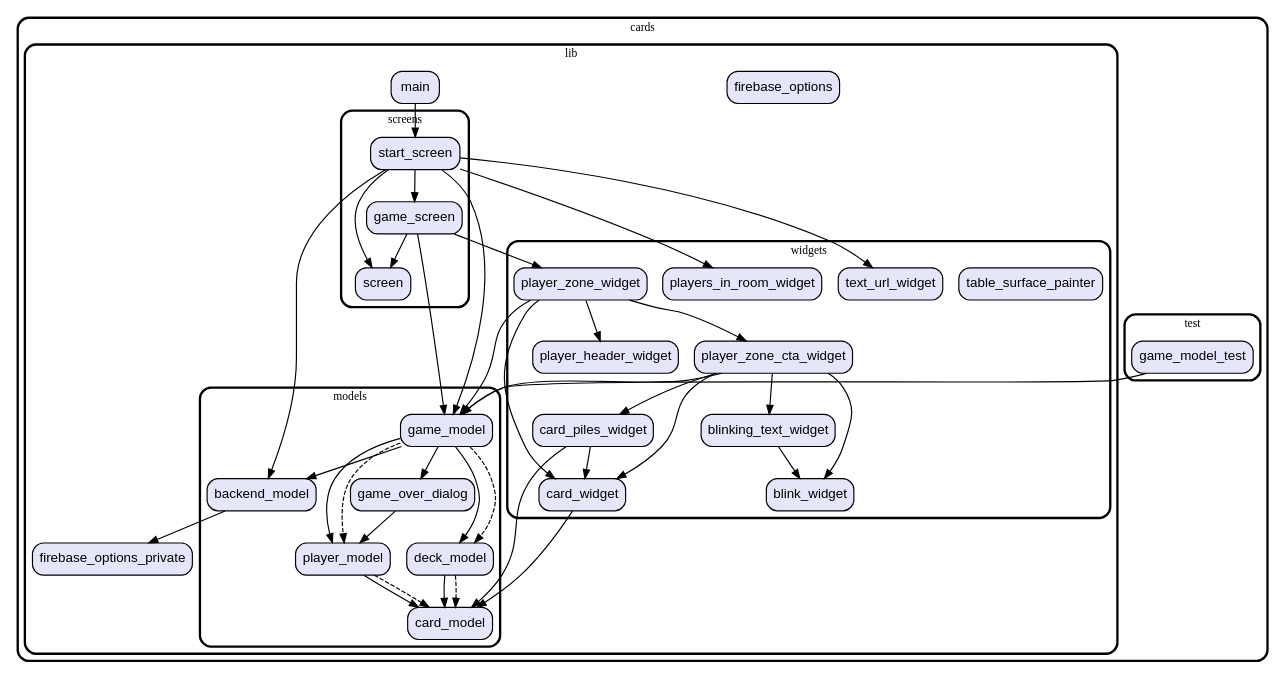
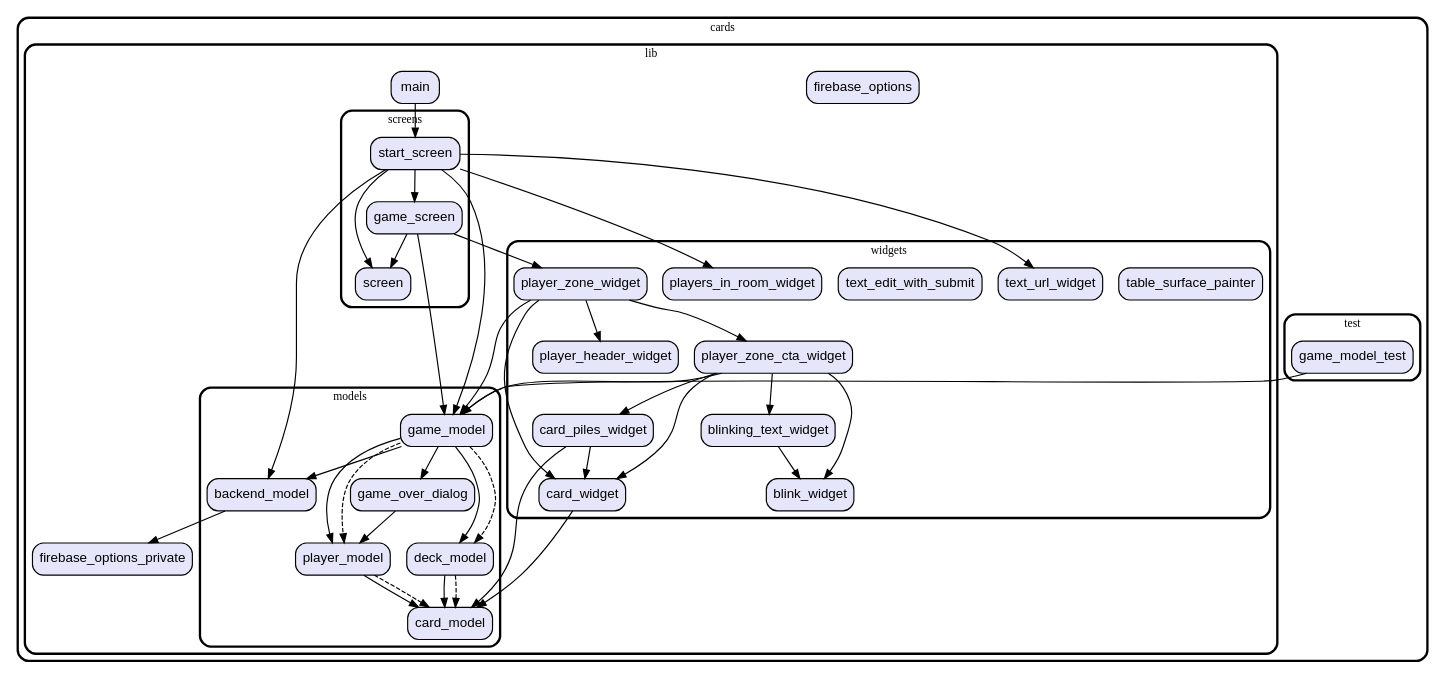
Before and after one commit to vteam-com/Cards: the diagram in graph.dot, drawn with Graphviz. The commit also changed 4 other files, not shown here.

```diff
--- a/graph.dot
+++ b/graph.dot
@@ -1,105 +1,107 @@
 digraph "" {
   graph [style=rounded fontname="Arial Black" fontsize=13 penwidth=2.6];
   node [shape=rect style="filled,rounded" fontname=Arial fontsize=15 fillcolor=Lavender penwidth=1.3];
   edge [penwidth=1.3];
   "/test/game_model_test.dart" [label="game_model_test"];
   "/lib/firebase_options_private.dart" [label="firebase_options_private"];
   "/lib/firebase_options.dart" [label="firebase_options"];
   "/lib/models/game_model.dart" [label="game_model"];
   "/lib/models/game_over_dialog.dart" [label="game_over_dialog"];
   "/lib/models/player_model.dart" [label="player_model"];
   "/lib/models/card_model.dart" [label="card_model"];
   "/lib/models/backend_model.dart" [label="backend_model"];
   "/lib/models/deck_model.dart" [label="deck_model"];
   "/lib/screens/game_screen.dart" [label="game_screen"];
   "/lib/screens/start_screen.dart" [label="start_screen"];
   "/lib/screens/screen.dart" [label="screen"];
   "/lib/main.dart" [label="main"];
   "/lib/widgets/player_zone_cta_widget.dart" [label="player_zone_cta_widget"];
   "/lib/widgets/table_surface_painter.dart" [label="table_surface_painter"];
   "/lib/widgets/card_widget.dart" [label="card_widget"];
   "/lib/widgets/player_header_widget.dart" [label="player_header_widget"];
   "/lib/widgets/players_in_room_widget.dart" [label="players_in_room_widget"];
+  "/lib/widgets/text_edit_with_submit.dart" [label="text_edit_with_submit"];
   "/lib/widgets/player_zone_widget.dart" [label="player_zone_widget"];
   "/lib/widgets/card_piles_widget.dart" [label="card_piles_widget"];
   "/lib/widgets/text_url_widget.dart" [label="text_url_widget"];
   "/lib/widgets/blink_widget.dart" [label="blink_widget"];
   "/lib/widgets/blinking_text_widget.dart" [label="blinking_text_widget"];
   subgraph "cluster~" {
     label="cards";
     subgraph "cluster~/test" {
       label="test";
       "/test/game_model_test.dart";
     }
     subgraph "cluster~/lib" {
       label="lib";
       "/lib/firebase_options_private.dart";
       "/lib/firebase_options.dart";
       "/lib/main.dart";
       subgraph "cluster~/lib/models" {
         label="models";
         "/lib/models/game_model.dart";
         "/lib/models/game_over_dialog.dart";
         "/lib/models/player_model.dart";
         "/lib/models/card_model.dart";
         "/lib/models/backend_model.dart";
         "/lib/models/deck_model.dart";
       }
       subgraph "cluster~/lib/screens" {
         label="screens";
         "/lib/screens/game_screen.dart";
         "/lib/screens/start_screen.dart";
         "/lib/screens/screen.dart";
       }
       subgraph "cluster~/lib/widgets" {
         label="widgets";
         "/lib/widgets/player_zone_cta_widget.dart";
         "/lib/widgets/table_surface_painter.dart";
         "/lib/widgets/card_widget.dart";
         "/lib/widgets/player_header_widget.dart";
         "/lib/widgets/players_in_room_widget.dart";
+        "/lib/widgets/text_edit_with_submit.dart";
         "/lib/widgets/player_zone_widget.dart";
         "/lib/widgets/card_piles_widget.dart";
         "/lib/widgets/text_url_widget.dart";
         "/lib/widgets/blink_widget.dart";
         "/lib/widgets/blinking_text_widget.dart";
       }
     }
   }
   "/test/game_model_test.dart" -> "/lib/models/game_model.dart";
   "/lib/models/game_model.dart" -> "/lib/models/backend_model.dart";
   "/lib/models/game_model.dart" -> "/lib/models/deck_model.dart";
   "/lib/models/game_model.dart" -> "/lib/models/game_over_dialog.dart";
   "/lib/models/game_model.dart" -> "/lib/models/player_model.dart";
   "/lib/models/game_model.dart" -> "/lib/models/deck_model.dart" [style=dashed];
   "/lib/models/game_model.dart" -> "/lib/models/player_model.dart" [style=dashed];
   "/lib/models/game_over_dialog.dart" -> "/lib/models/player_model.dart";
   "/lib/models/player_model.dart" -> "/lib/models/card_model.dart";
   "/lib/models/player_model.dart" -> "/lib/models/card_model.dart" [style=dashed];
   "/lib/models/backend_model.dart" -> "/lib/firebase_options_private.dart";
   "/lib/models/deck_model.dart" -> "/lib/models/card_model.dart";
   "/lib/models/deck_model.dart" -> "/lib/models/card_model.dart" [style=dashed];
   "/lib/screens/game_screen.dart" -> "/lib/models/game_model.dart";
   "/lib/screens/game_screen.dart" -> "/lib/screens/screen.dart";
   "/lib/screens/game_screen.dart" -> "/lib/widgets/player_zone_widget.dart";
   "/lib/screens/start_screen.dart" -> "/lib/models/backend_model.dart";
   "/lib/screens/start_screen.dart" -> "/lib/models/game_model.dart";
   "/lib/screens/start_screen.dart" -> "/lib/screens/game_screen.dart";
   "/lib/screens/start_screen.dart" -> "/lib/screens/screen.dart";
   "/lib/screens/start_screen.dart" -> "/lib/widgets/players_in_room_widget.dart";
   "/lib/screens/start_screen.dart" -> "/lib/widgets/text_url_widget.dart";
   "/lib/main.dart" -> "/lib/screens/start_screen.dart";
   "/lib/widgets/player_zone_cta_widget.dart" -> "/lib/models/game_model.dart";
   "/lib/widgets/player_zone_cta_widget.dart" -> "/lib/widgets/blink_widget.dart";
   "/lib/widgets/player_zone_cta_widget.dart" -> "/lib/widgets/blinking_text_widget.dart";
   "/lib/widgets/player_zone_cta_widget.dart" -> "/lib/widgets/card_piles_widget.dart";
   "/lib/widgets/player_zone_cta_widget.dart" -> "/lib/widgets/card_widget.dart";
   "/lib/widgets/card_widget.dart" -> "/lib/models/card_model.dart";
   "/lib/widgets/player_zone_widget.dart" -> "/lib/models/game_model.dart";
   "/lib/widgets/player_zone_widget.dart" -> "/lib/widgets/card_widget.dart";
   "/lib/widgets/player_zone_widget.dart" -> "/lib/widgets/player_header_widget.dart";
   "/lib/widgets/player_zone_widget.dart" -> "/lib/widgets/player_zone_cta_widget.dart";
   "/lib/widgets/card_piles_widget.dart" -> "/lib/models/card_model.dart";
   "/lib/widgets/card_piles_widget.dart" -> "/lib/widgets/card_widget.dart";
   "/lib/widgets/blinking_text_widget.dart" -> "/lib/widgets/blink_widget.dart";
 }
```
